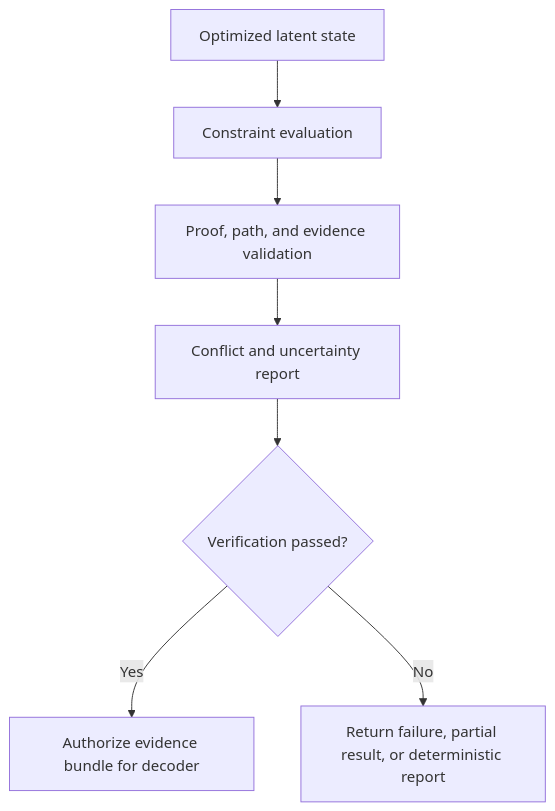
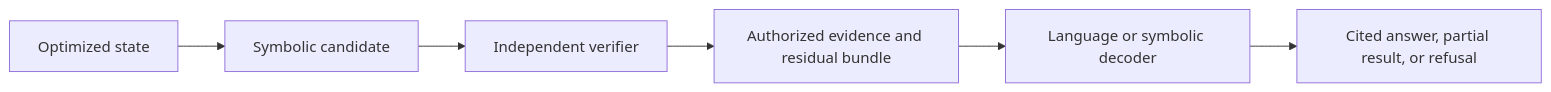
The fourth of 8 diagrams in docs/architecture.md (rishi-ie/LTM), drawn with Mermaid before and after one commit. The commit also changed other lines of this file, not shown here.

````diff
--- a/docs/architecture.md
+++ b/docs/architecture.md
@@ -262,9 +1433,8 @@
 ```mermaid
-flowchart TD
-    A["Optimized latent state"] --> B["Constraint evaluation"]
-    B --> C["Proof, path, and evidence validation"]
-    C --> D["Conflict and uncertainty report"]
-    D --> E{"Verification passed?"}
-    E -- Yes --> F["Authorize evidence bundle for decoder"]
-    E -- No --> G["Return failure, partial result, or deterministic report"]
+flowchart LR
+    A["Optimized state"] --> B["Symbolic candidate"]
+    B --> C["Independent verifier"]
+    C --> D["Authorized evidence and residual bundle"]
+    D --> E["Language or symbolic decoder"]
+    E --> F["Cited answer, partial result, or refusal"]
 ```
````
